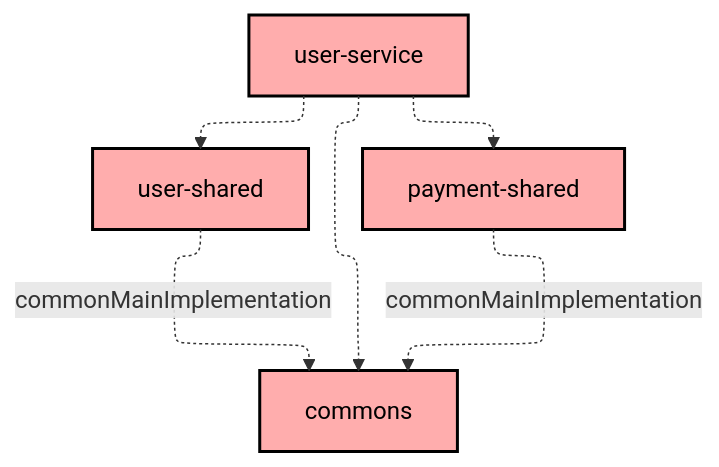
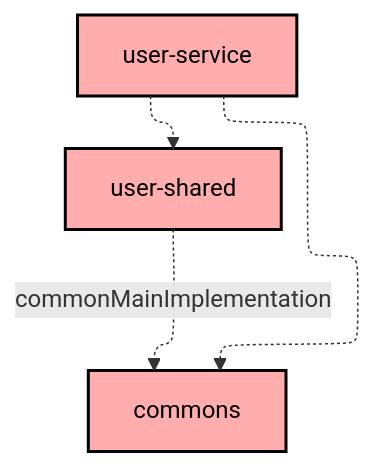
The diagram in user-service/README.md (Norby99/munchies), drawn with Mermaid before and after one commit. The commit also changed 1 other file, not shown here.

Commit message:
docs: fix dependencies

````diff
--- a/user-service/README.md
+++ b/user-service/README.md
@@ -6,21 +6,18 @@
 ```mermaid
 ---
 config:
   layout: elk
   elk:
     nodePlacementStrategy: SIMPLE
 ---
 graph TB
   :user-shared[user-shared]:::unknown
   :user-service[user-service]:::unknown
-  :payment-shared[payment-shared]:::unknown
   :commons[commons]:::unknown
 
-  :payment-shared -.->|commonMainImplementation| :commons
   :user-service -.-> :commons
-  :user-service -.-> :payment-shared
   :user-service -.-> :user-shared
   :user-shared -.->|commonMainImplementation| :commons
 
 classDef unknown fill:#FFADAD,stroke:#000,stroke-width:2px,color:#000;
 ```
````
